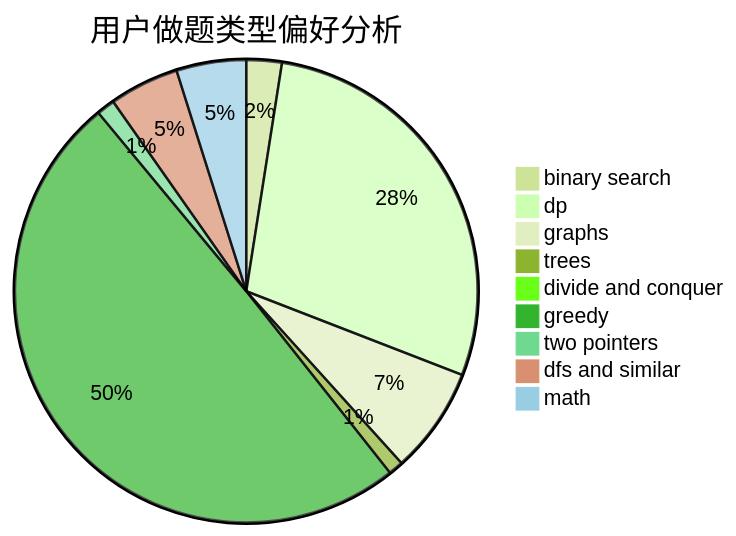
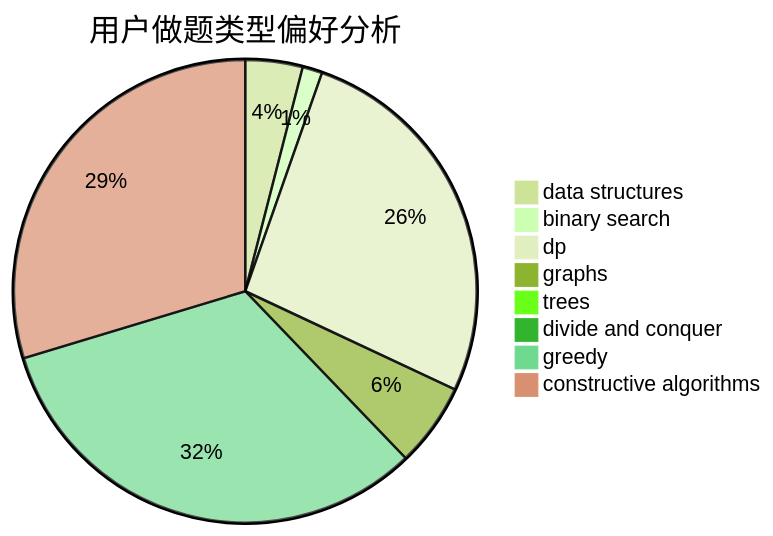
Before and after one commit to sherpahu/cfrs.github.io: the second of 3 diagrams in docs/user/u2387.md, drawn with Mermaid (forest theme). The commit also changed other lines of this file and 2775 other files, not shown here.

````diff
--- a/docs/user/u2387.md
+++ b/docs/user/u2387.md
@@ -23,12 +23,11 @@
 ```mermaid
 pie title 用户做题类型偏好分析
-    "binary search" :  31
-    "dp" :  356
-    "graphs" :  93
+    "data structures" :  52
+    "binary search" :  18
+    "dp" :  346
+    "graphs" :  76
     "trees" :  13
     "divide and conquer" :  0
-    "greedy" :  622
-    "two pointers" :  16
-    "dfs and similar" :  61
-    "math" :  61
+    "greedy" :  423
+    "constructive algorithms" :  386
 ```
````
